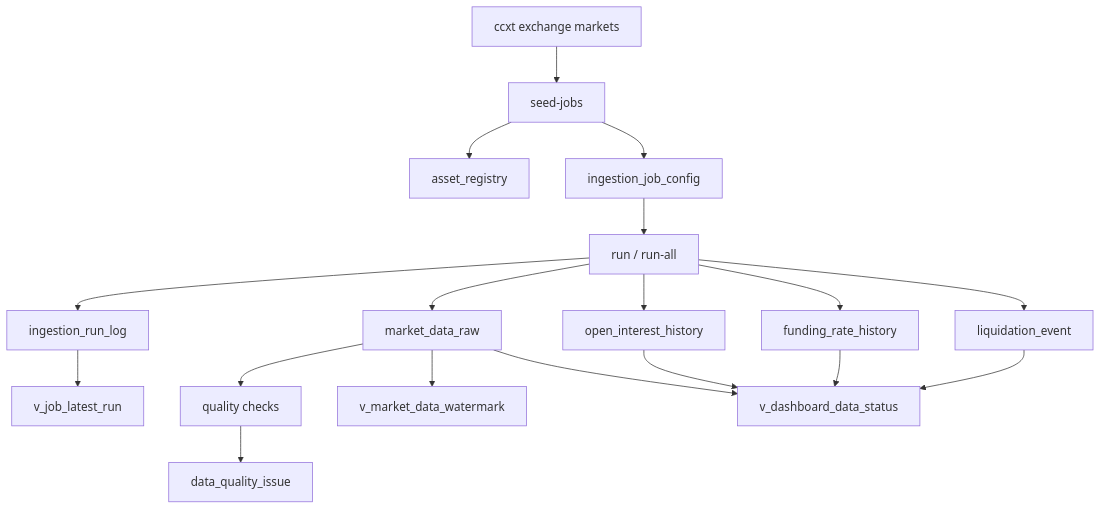
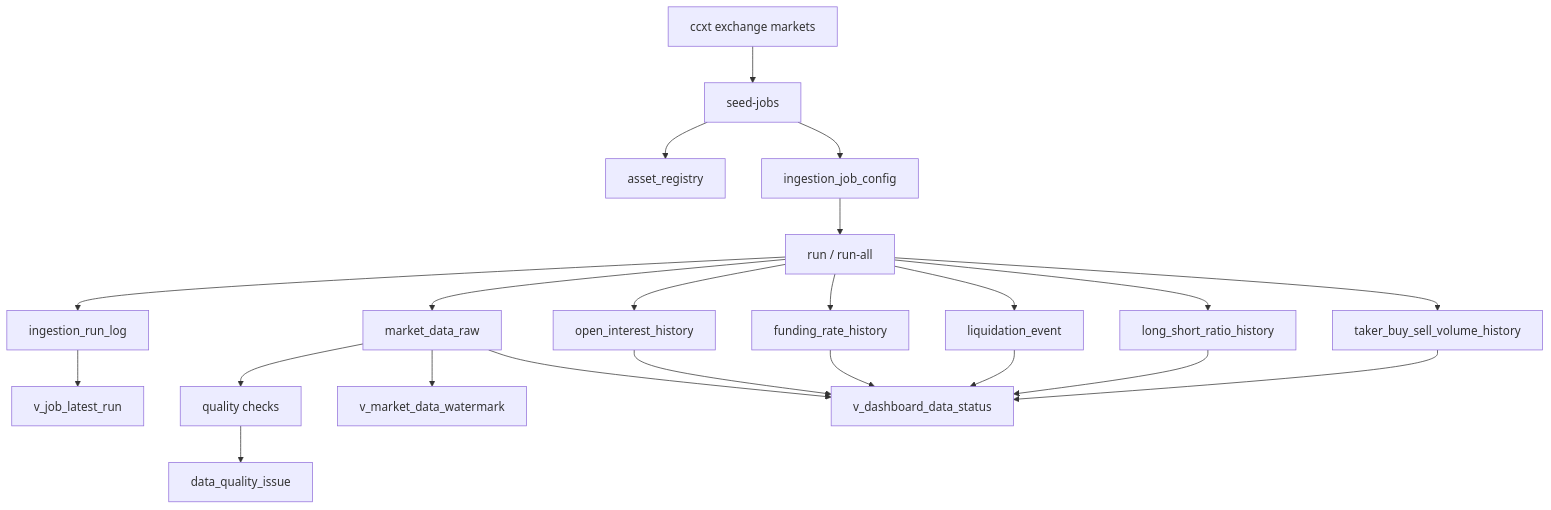
Before and after one commit to cheehan2388/Database: the diagram in README.md, drawn with Mermaid. The commit also changed other lines of this file and 8 other files, not shown here.

````diff
--- a/README.md
+++ b/README.md
@@ -385,20 +401,24 @@
 ```mermaid
 flowchart TD
   A["ccxt exchange markets"] --> B["seed-jobs"]
   B --> C["asset_registry"]
   B --> D["ingestion_job_config"]
   D --> E["run / run-all"]
   E --> F["ingestion_run_log"]
   E --> G["market_data_raw"]
   E --> L["open_interest_history"]
   E --> M["funding_rate_history"]
   E --> N["liquidation_event"]
+  E --> P["long_short_ratio_history"]
+  E --> Q["taker_buy_sell_volume_history"]
   G --> H["quality checks"]
   H --> I["data_quality_issue"]
   G --> J["v_market_data_watermark"]
   F --> K["v_job_latest_run"]
   G --> O["v_dashboard_data_status"]
   L --> O
   M --> O
   N --> O
+  P --> O
+  Q --> O
 ```
````
